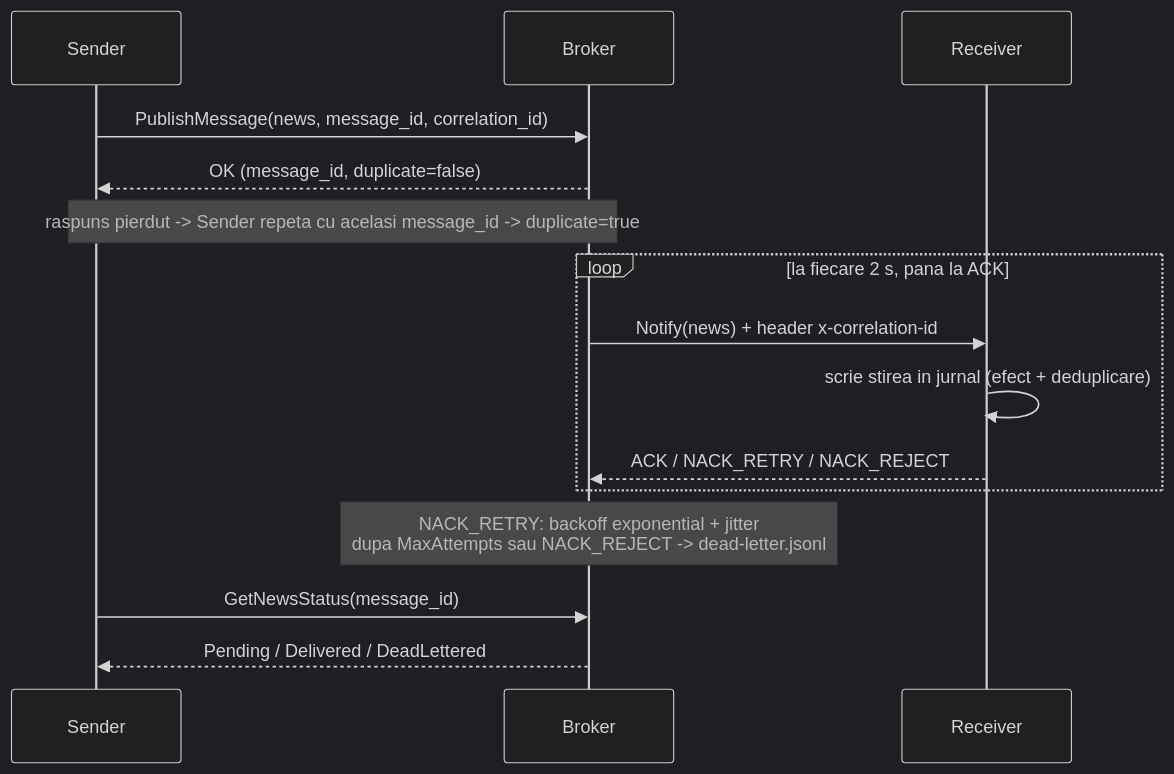
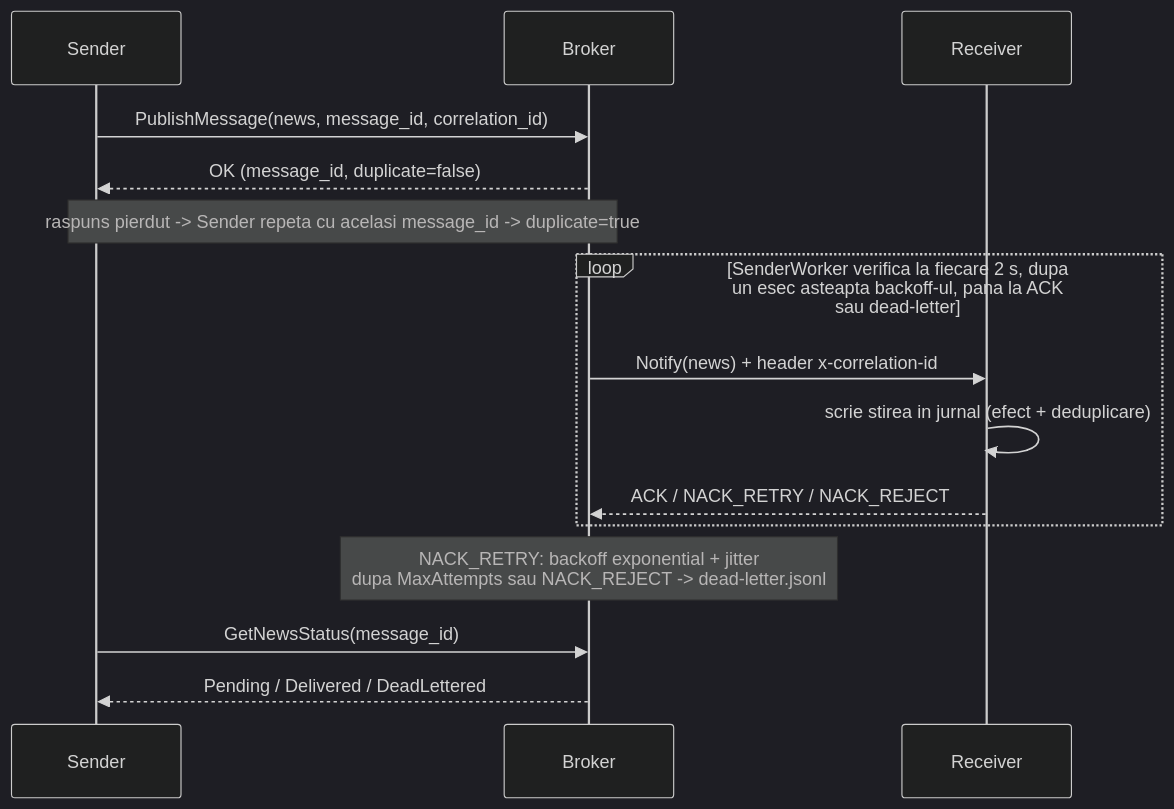
Before and after one commit to patriciabajureanu/Agent-Grpc: the second of 2 diagrams in README.md, drawn with Mermaid (dark theme). The commit also changed other lines of this file, not shown here.

First line of the commit message:
Fix the architecture diagrams in the README

````diff
--- a/README.md
+++ b/README.md
@@ -42,17 +45,17 @@
 ```mermaid
 sequenceDiagram
     participant S as Sender
     participant B as Broker
     participant R as Receiver
     S->>B: PublishMessage(news, message_id, correlation_id)
     B-->>S: OK (message_id, duplicate=false)
     Note over S,B: raspuns pierdut -> Sender repeta cu acelasi message_id -> duplicate=true
-    loop la fiecare 2 s, pana la ACK
+    loop SenderWorker verifica la fiecare 2 s, dupa un esec asteapta backoff-ul, pana la ACK sau dead-letter
         B->>R: Notify(news) + header x-correlation-id
         R->>R: scrie stirea in jurnal (efect + deduplicare)
         R-->>B: ACK / NACK_RETRY / NACK_REJECT
     end
     Note over B: NACK_RETRY: backoff exponential + jitter<br/>dupa MaxAttempts sau NACK_REJECT -> dead-letter.jsonl
     S->>B: GetNewsStatus(message_id)
     B-->>S: Pending / Delivered / DeadLettered
 ```
````
